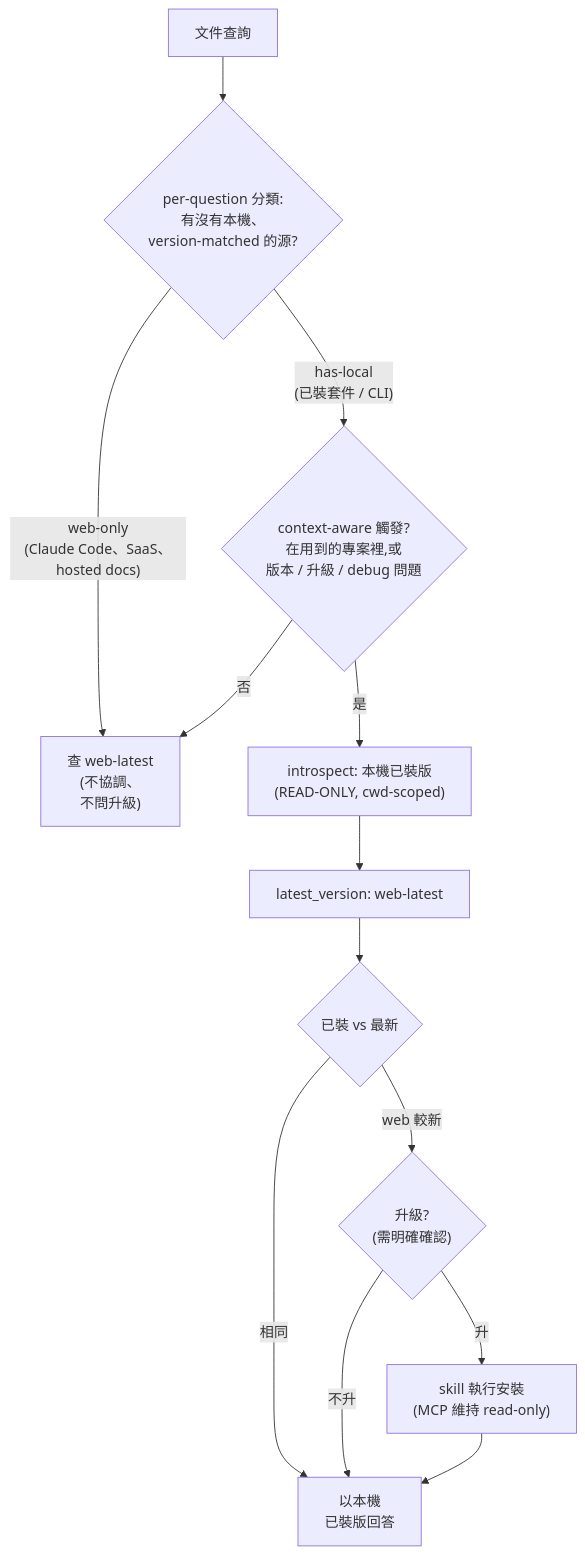
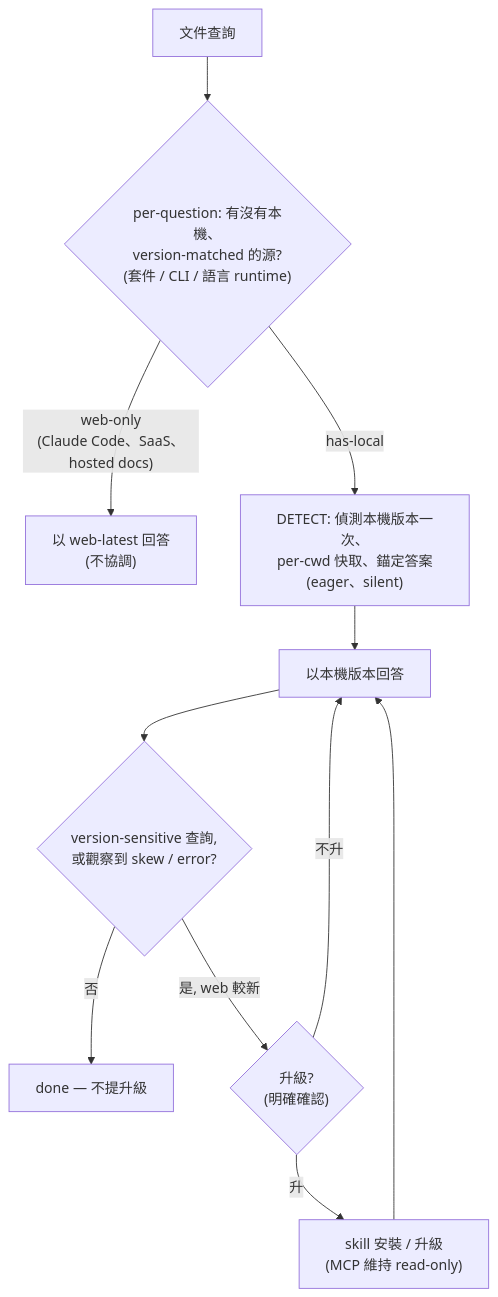
Before and after one commit to PsychQuant/livedocs: the diagram in docs/wiki/Version-Reconciliation-zh-TW.md, drawn with Mermaid. The commit also changed other lines of this file and 3 other files, not shown here.

Commit message:
docs(wiki): update Version Reconciliation for detect/surface + runtime kind

````diff
--- a/docs/wiki/Version-Reconciliation-zh-TW.md
+++ b/docs/wiki/Version-Reconciliation-zh-TW.md
@@ -9,15 +14,13 @@
 ```mermaid
 flowchart TD
-    Q["文件查詢"] --> C{"per-question 分類:<br/>有沒有本機、<br/>version-matched 的源?"}
-    C -->|"web-only<br/>(Claude Code、SaaS、hosted docs)"| W["查 web-latest<br/>(不協調、<br/>不問升級)"]
-    C -->|"has-local<br/>(已裝套件 / CLI)"| T{"context-aware 觸發?<br/>在用到的專案裡,或<br/>版本 / 升級 / debug 問題"}
-    T -->|"否"| W
-    T -->|"是"| L["introspect: 本機已裝版<br/>(READ-ONLY, cwd-scoped)"]
-    L --> V["latest_version: web-latest"]
-    V --> CMP{"已裝 vs 最新"}
-    CMP -->|"相同"| LOCAL["以本機<br/>已裝版回答"]
-    CMP -->|"web 較新"| U{"升級?<br/>(需明確確認)"}
-    U -->|"不升"| LOCAL
-    U -->|"升"| INS["skill 執行安裝<br/>(MCP 維持 read-only)"]
-    INS --> LOCAL
+    Q["文件查詢"] --> C{"per-question: 有沒有本機、<br/>version-matched 的源?<br/>(套件 / CLI / 語言 runtime)"}
+    C -->|"web-only<br/>(Claude Code、SaaS、hosted docs)"| W["以 web-latest 回答<br/>(不協調)"]
+    C -->|"has-local"| D["DETECT: 偵測本機版本一次、<br/>per-cwd 快取、錨定答案<br/>(eager、silent)"]
+    D --> A["以本機版本回答"]
+    A --> S{"version-sensitive 查詢,<br/>或觀察到 skew / error?"}
+    S -->|"否"| DONE["done — 不提升級"]
+    S -->|"是, web 較新"| U{"升級?<br/>(明確確認)"}
+    U -->|"不升"| A
+    U -->|"升"| INS["skill 安裝 / 升級<br/>(MCP 維持 read-only)"]
+    INS --> A
 ```
````
